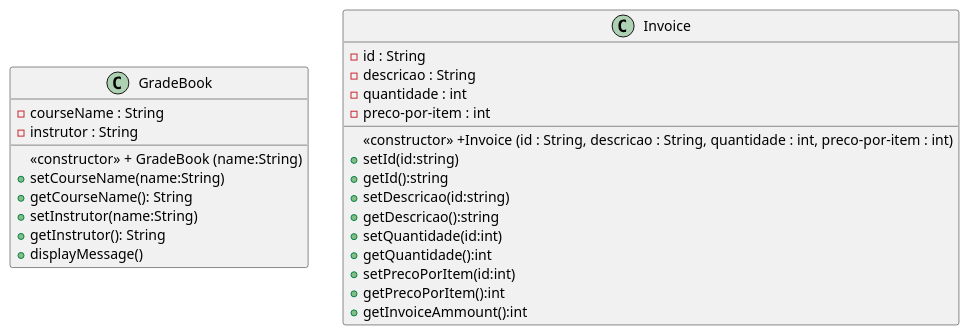
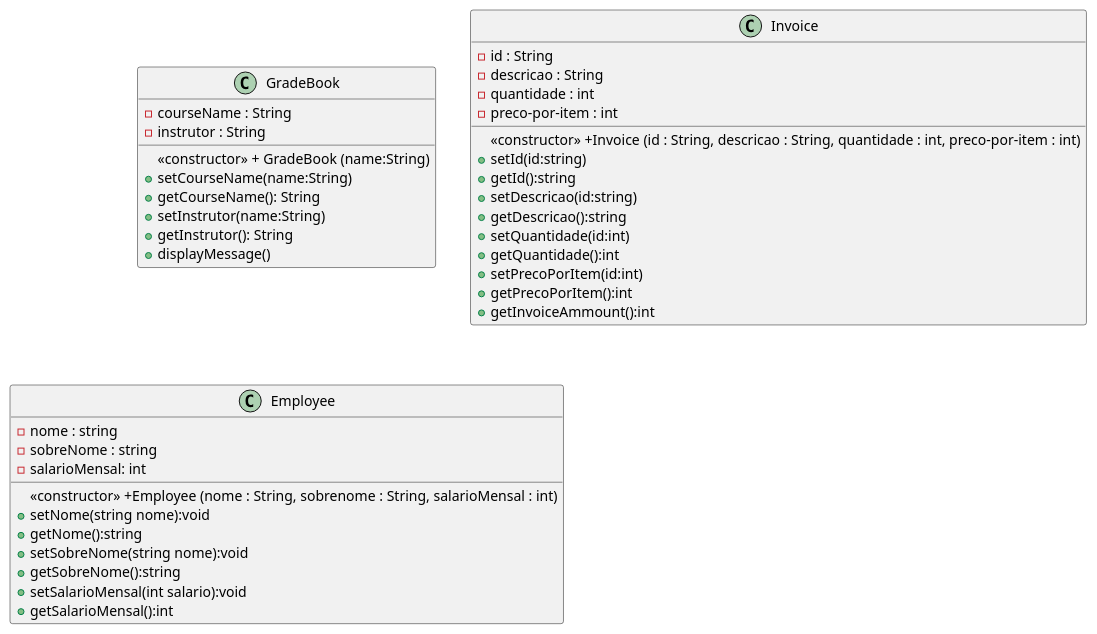
The diagram in c++/Deitel/src/cap03/GradeBook.puml (marcuswlima/learning), drawn with PlantUML before and after one commit. The commit also changed 1 other file, not shown here.

```diff
--- a/c++/Deitel/src/cap03/GradeBook.puml
+++ b/c++/Deitel/src/cap03/GradeBook.puml
@@ -1,29 +1,43 @@
 @startuml
 class GradeBook {
   <<constructor>> + GradeBook (name:String)
   - courseName : String
   - instrutor : String
   + setCourseName(name:String)
   + getCourseName(): String
   + setInstrutor(name:String)
   + getInstrutor(): String
   + displayMessage()
 }
 
 class Invoice{
   <<constructor>> +Invoice (id : String, descricao : String, quantidade : int, preco-por-item : int)
   - id : String
   - descricao : String
   - quantidade : int
   - preco-por-item : int
   + setId(id:string)
   + getId():string 
   + setDescricao(id:string)
   + getDescricao():string 
   + setQuantidade(id:int)
   + getQuantidade():int
   + setPrecoPorItem(id:int)
   + getPrecoPorItem():int
   + getInvoiceAmmount():int
 }
+
+class Employee {
+  - nome : string
+  - sobreNome : string
+  - salarioMensal: int
+  <<constructor>> +Employee (nome : String, sobrenome : String, salarioMensal : int)
+  + setNome(string nome):void
+  + getNome():string
+  + setSobreNome(string nome):void
+  + getSobreNome():string
+  + setSalarioMensal(int salario):void
+  + getSalarioMensal():int
+  
+}
 @enduml
```
